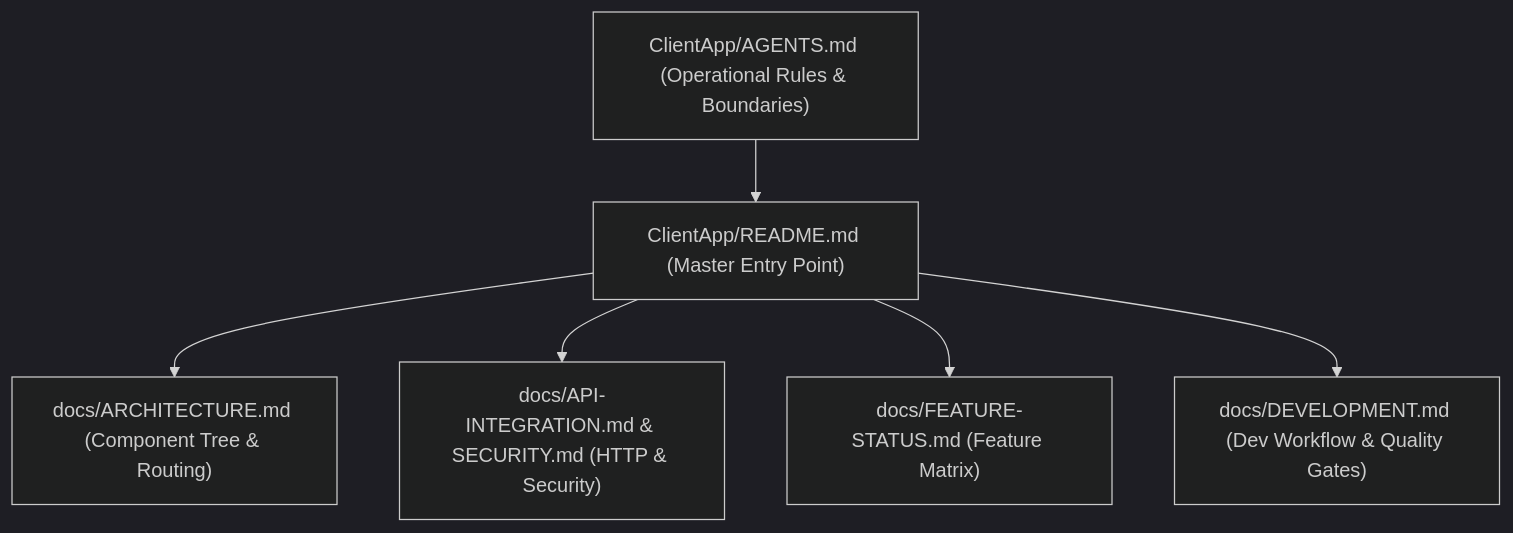
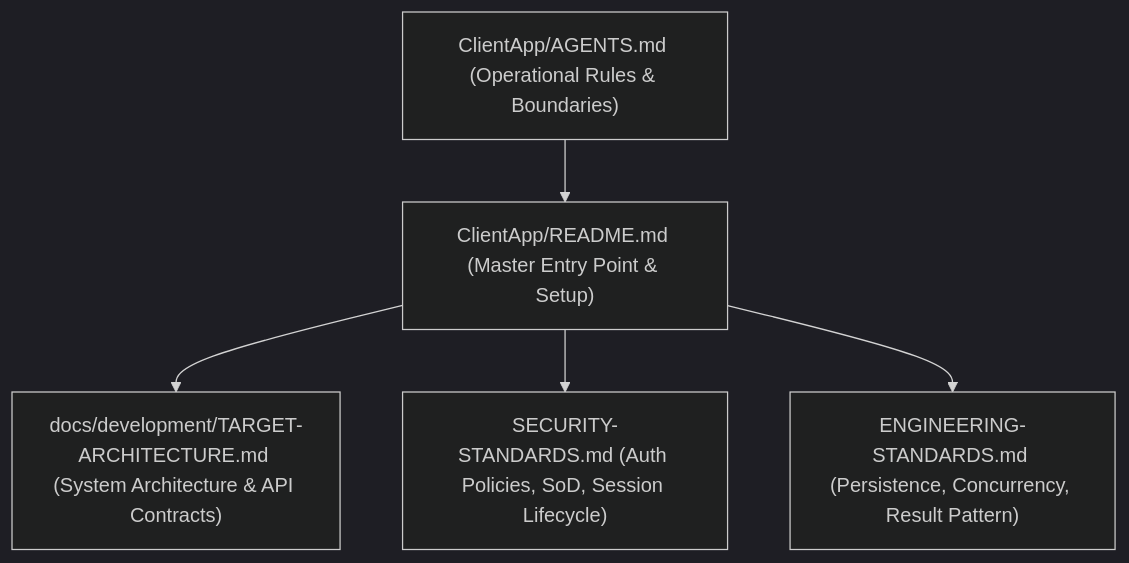
The diagram in ClientApp/AGENTS.md (ayhm325/DVLD-WPF), drawn with Mermaid (dark theme) before and after one commit. The commit also changed other lines of this file and 24 other files, not shown here.

````diff
--- a/ClientApp/AGENTS.md
+++ b/ClientApp/AGENTS.md
@@ -24,8 +24,7 @@
 ```mermaid
 flowchart TD
-    A["ClientApp/AGENTS.md (Operational Rules & Boundaries)"] --> B["ClientApp/README.md (Master Entry Point)"]
-    B --> C["docs/ARCHITECTURE.md (Component Tree & Routing)"]
-    B --> D["docs/API-INTEGRATION.md & SECURITY.md (HTTP & Security)"]
-    B --> E["docs/FEATURE-STATUS.md (Feature Matrix)"]
-    B --> F["docs/DEVELOPMENT.md (Dev Workflow & Quality Gates)"]
+    A["ClientApp/AGENTS.md (Operational Rules & Boundaries)"] --> B["ClientApp/README.md (Master Entry Point & Setup)"]
+    B --> C["docs/development/TARGET-ARCHITECTURE.md (System Architecture & API Contracts)"]
+    B --> D["SECURITY-STANDARDS.md (Auth Policies, SoD, Session Lifecycle)"]
+    B --> E["ENGINEERING-STANDARDS.md (Persistence, Concurrency, Result Pattern)"]
 ```
````
